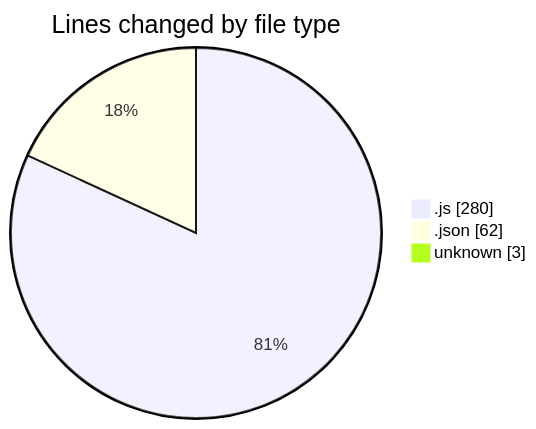
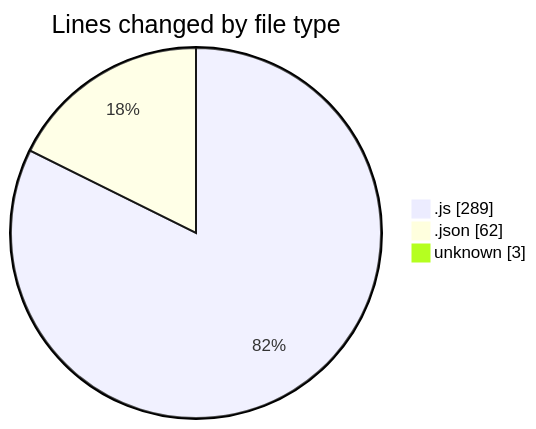
One commit to Ritupan-Deka/code-tracking changed the first of 2 diagrams in 2025-07-02/mern-thinkboard/README.md. Above: the diagram before and after it, drawn with Mermaid. The commit also changed other lines of this file and 1 other file, not shown here.

````diff
--- a/2025-07-02/mern-thinkboard/README.md
+++ b/2025-07-02/mern-thinkboard/README.md
@@ -28,7 +28,7 @@
 ```mermaid
 pie showData
 title Lines changed by file type
-".js" : 280
+".js" : 289
 ".json" : 62
 "unknown" : 3
 ```
````
